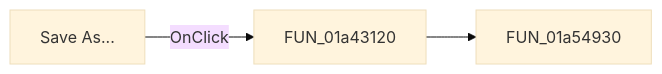
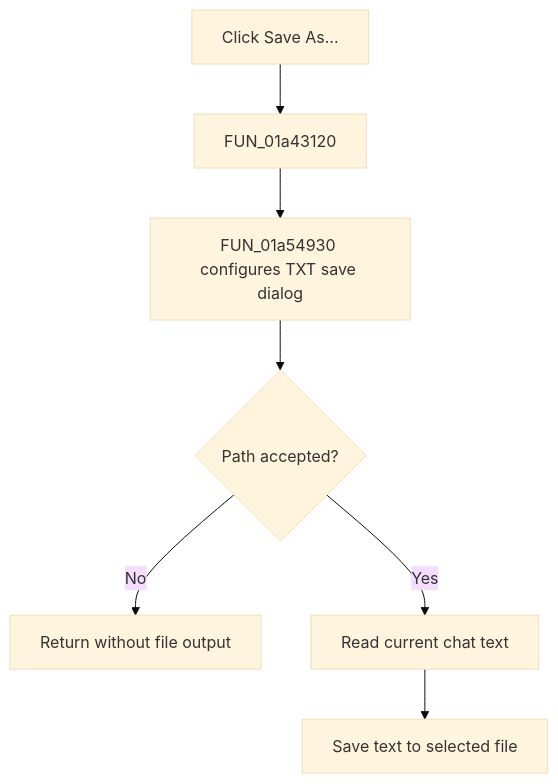
The diagram in docs/ui-controls/localllmform/saveas1-f68f4e014a.md (MovGP0/TIARA), drawn with Mermaid (base theme) before and after one commit. The commit also changed other lines of this file and 1062 other files, not shown here.

````diff
--- a/docs/ui-controls/localllmform/saveas1-f68f4e014a.md
+++ b/docs/ui-controls/localllmform/saveas1-f68f4e014a.md
@@ -27,5 +29,9 @@
 ```mermaid
-flowchart LR
-    control["Save As..."] -->|OnClick| handler["FUN_01a43120"]
-    handler --> call1["FUN_01a54930"]
+flowchart TD
+    control["Click Save As..."] --> wrapper["FUN_01a43120"]
+    wrapper --> save["FUN_01a54930 configures TXT save dialog"]
+    save --> accepted{"Path accepted?"}
+    accepted -->|No| cancel["Return without file output"]
+    accepted -->|Yes| read["Read current chat text"]
+    read --> write["Save text to selected file"]
 ```
````
